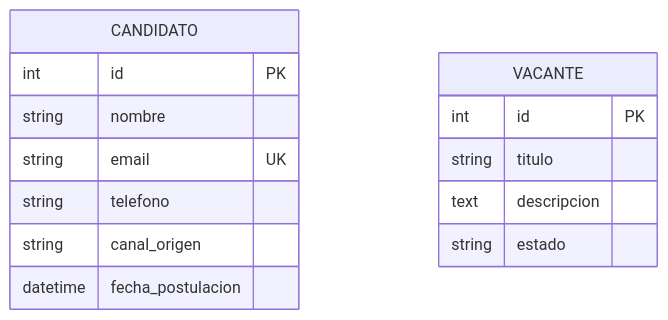
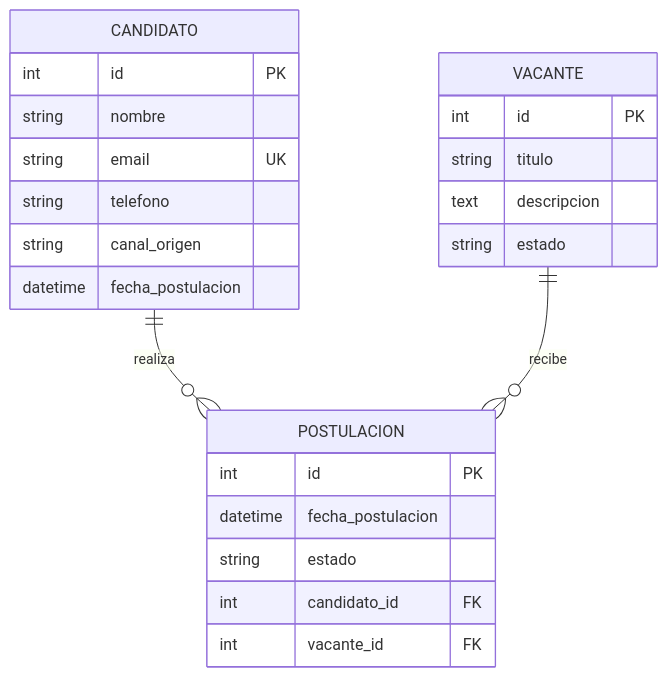
One commit to vaciocarlos72-dotcom/plurione_project changed the diagram in docs/backend_arquitectura.md. Above: the diagram before and after it, drawn with Mermaid. The commit also changed other lines of this file and 5 other files, not shown here.

````diff
--- a/docs/backend_arquitectura.md
+++ b/docs/backend_arquitectura.md
@@ -28,18 +31,29 @@
 ```mermaid
 erDiagram
 	CANDIDATO {
 		int id PK
 		string nombre
 		string email UK
 		string telefono
 		string canal_origen
 		datetime fecha_postulacion
 	}
 
 	VACANTE {
 		int id PK
 		string titulo
 		text descripcion
 		string estado
 	}
+
+	POSTULACION {
+		int id PK
+		datetime fecha_postulacion
+		string estado
+		int candidato_id FK
+		int vacante_id FK
+	}
+
+	CANDIDATO ||--o{ POSTULACION : realiza
+	VACANTE ||--o{ POSTULACION : recibe
 ```
````
